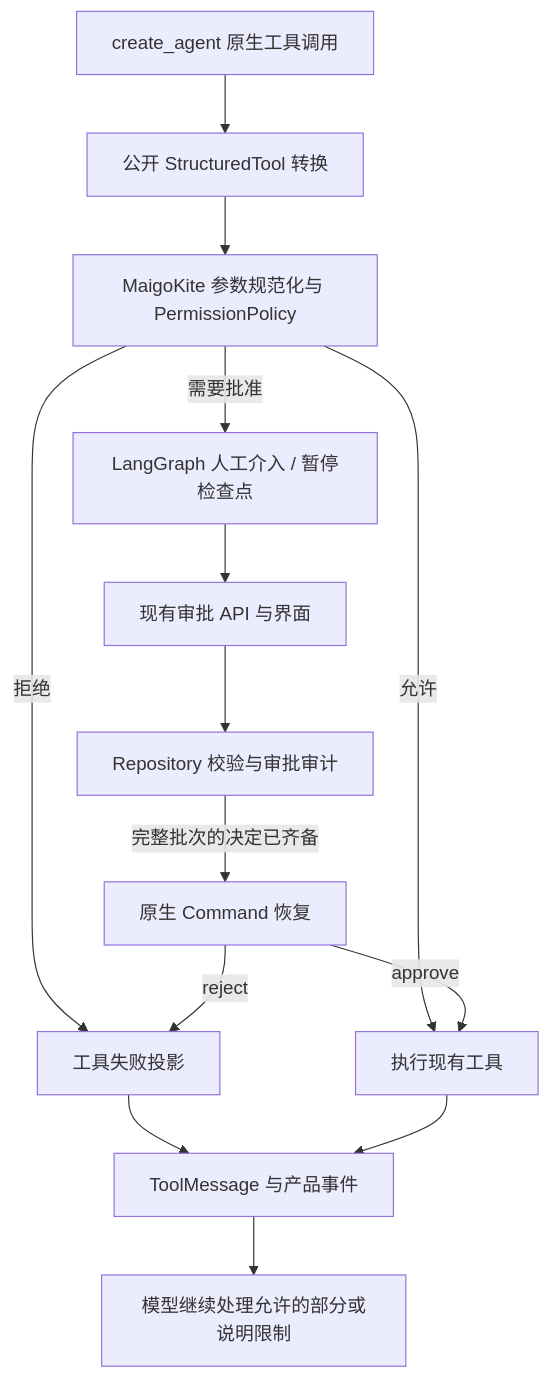
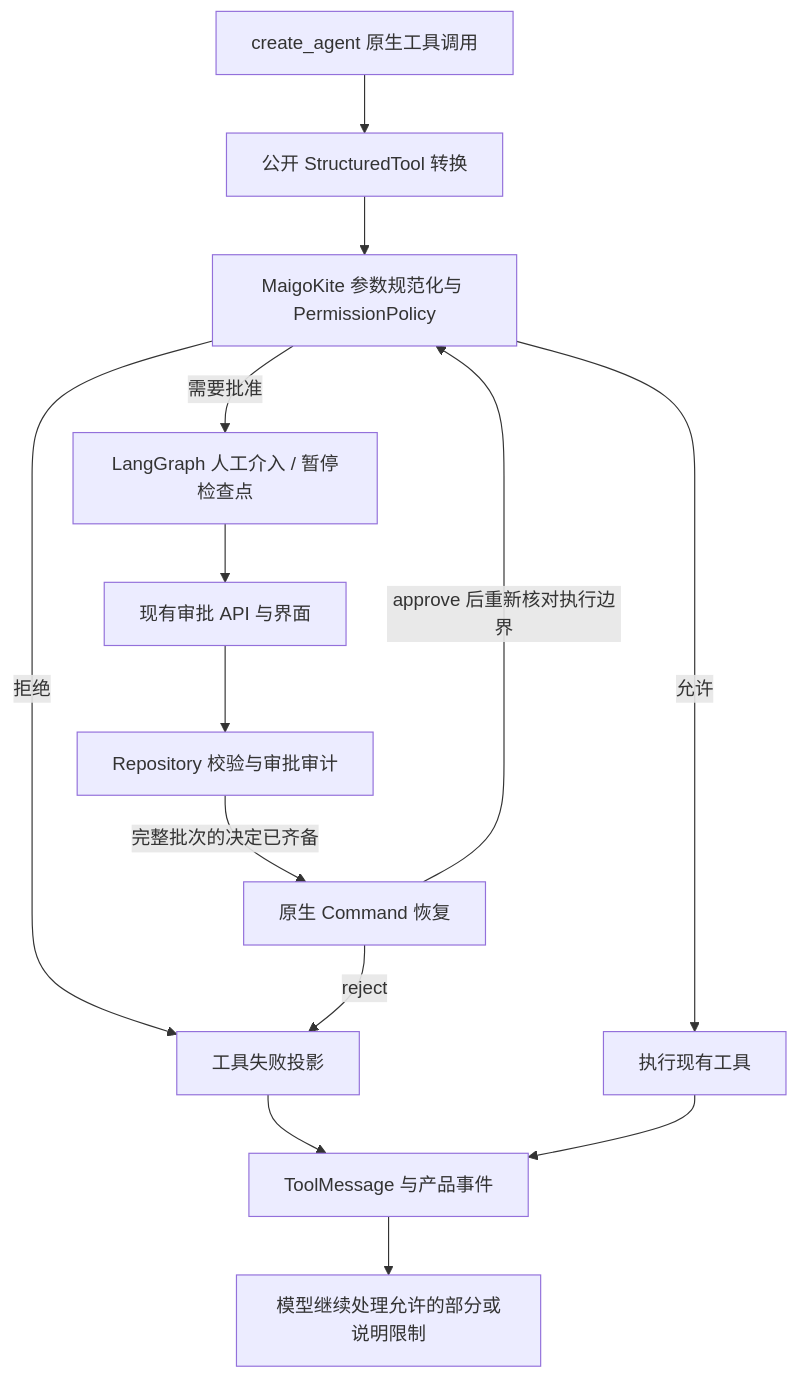
Before and after one commit to Mime-AL/MaigoKite: the diagram in docs/design/AgentRuntime.md, drawn with Mermaid. The commit also changed other lines of this file and 14 other files, not shown here.

````diff
--- a/docs/design/AgentRuntime.md
+++ b/docs/design/AgentRuntime.md
@@ -69,16 +69,16 @@
 ```mermaid
 flowchart TD
     A[create_agent 原生工具调用] --> B[公开 StructuredTool 转换]
     B --> C[MaigoKite 参数规范化与 PermissionPolicy]
     C -->|拒绝| D[工具失败投影]
     C -->|允许| E[执行现有工具]
     C -->|需要批准| F[LangGraph 人工介入 / 暂停检查点]
     F --> G[现有审批 API 与界面]
     G --> H[Repository 校验与审批审计]
     H -->|完整批次的决定已齐备| I[原生 Command 恢复]
-    I -->|approve| E
+    I -->|approve 后重新核对执行边界| C
     I -->|reject| D
     D --> J
     E --> J[ToolMessage 与产品事件]
     J --> K[模型继续处理允许的部分或说明限制]
 ```
````
